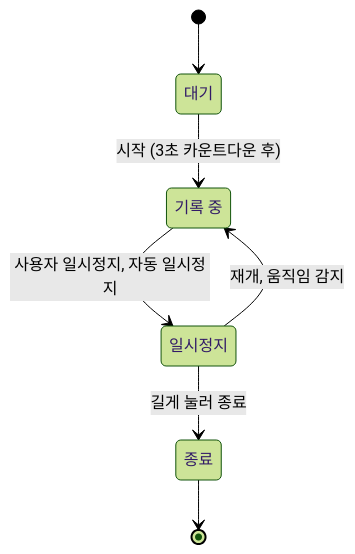
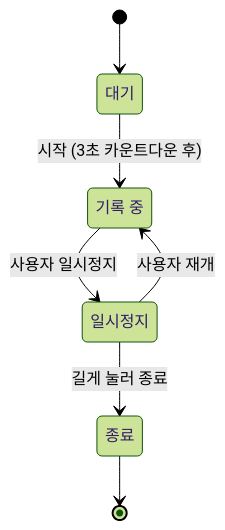
One commit to dhkim1522/runmagochi changed the diagram in docs/specs/run-engine.md. Above: the diagram before and after it, drawn with Mermaid (forest theme). The commit also changed other lines of this file and 11 other files, not shown here.

````diff
--- a/docs/specs/run-engine.md
+++ b/docs/specs/run-engine.md
@@ -7,13 +7,13 @@
 ```mermaid
 stateDiagram-v2
     state "대기" as Idle
     state "기록 중" as Recording
     state "일시정지" as Paused
     state "종료" as Ended
     [*] --> Idle
     Idle --> Recording: 시작 (3초 카운트다운 후)
-    Recording --> Paused: 사용자 일시정지, 자동 일시정지
-    Paused --> Recording: 재개, 움직임 감지
+    Recording --> Paused: 사용자 일시정지
+    Paused --> Recording: 사용자 재개
     Paused --> Ended: 길게 눌러 종료
     Ended --> [*]
 ```
````
